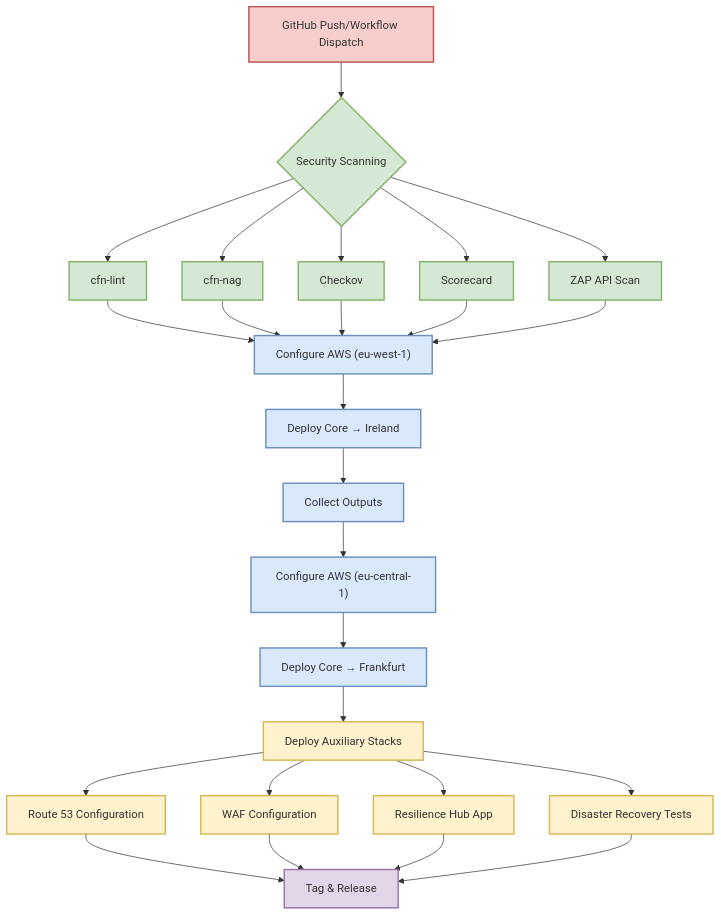
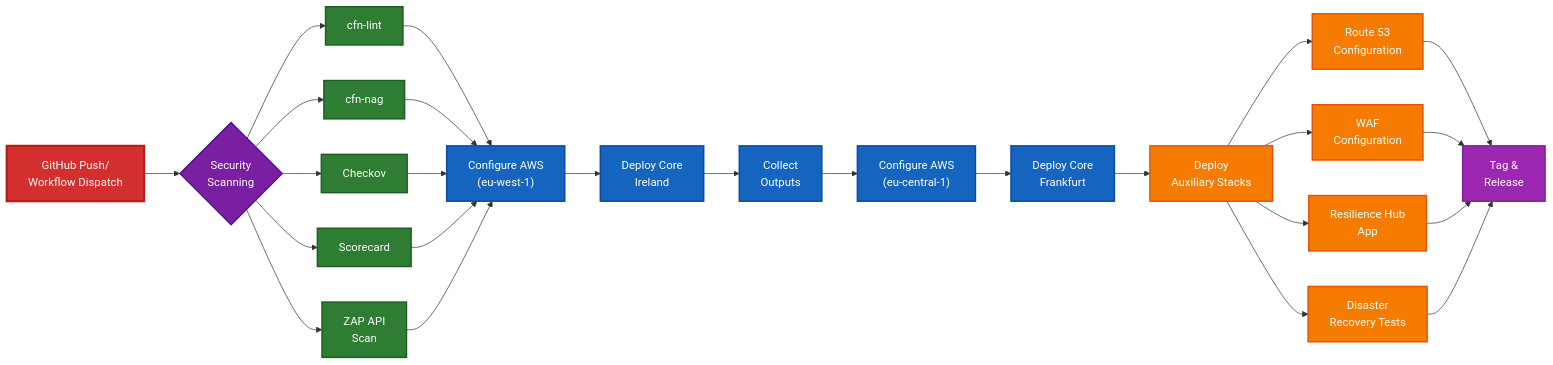
Before and after one commit to Hack23/lambda-in-private-vpc: the sixth of 6 diagrams in README.md, drawn with Mermaid. The commit also changed other lines of this file, not shown here.

````diff
--- a/README.md
+++ b/README.md
@@ -294,37 +347,33 @@
 ```mermaid
-flowchart TD
-    GH_PUSH["GitHub Push/Workflow Dispatch"] --> SEC_SCAN{"Security Scanning"}
+flowchart LR
+    GH_PUSH["GitHub Push/<br>Workflow Dispatch"]:::trigger --> SEC_SCAN{"Security<br>Scanning"}:::security
     
-    SEC_SCAN --> CFN_LINT["cfn-lint"]
-    SEC_SCAN --> CFN_NAG["cfn-nag"]
-    SEC_SCAN --> CHECKOV["Checkov"]
-    SEC_SCAN --> SCORECARD["Scorecard"]
-    SEC_SCAN --> ZAP["ZAP API Scan"]
+    SEC_SCAN --> CFN_LINT["cfn-lint"]:::scan
+    SEC_SCAN --> CFN_NAG["cfn-nag"]:::scan
+    SEC_SCAN --> CHECKOV["Checkov"]:::scan
+    SEC_SCAN --> SCORECARD["Scorecard"]:::scan
+    SEC_SCAN --> ZAP["ZAP API<br>Scan"]:::scan
     
-    CFN_LINT & CFN_NAG & CHECKOV & SCORECARD & ZAP --> CONFIG_IR["Configure AWS (eu-west-1)"]
+    CFN_LINT & CFN_NAG & CHECKOV & SCORECARD & ZAP --> CONFIG_IR["Configure AWS<br>(eu-west-1)"]:::deploy
     
-    CONFIG_IR --> DEPLOY_IR["Deploy Core → Ireland"]
-    DEPLOY_IR --> OUTPUTS["Collect Outputs"]
-    OUTPUTS --> CONFIG_FR["Configure AWS (eu-central-1)"]
-    CONFIG_FR --> DEPLOY_FR["Deploy Core → Frankfurt"]
+    CONFIG_IR --> DEPLOY_IR["Deploy Core<br>Ireland"]:::deploy
+    DEPLOY_IR --> OUTPUTS["Collect<br>Outputs"]:::deploy
+    OUTPUTS --> CONFIG_FR["Configure AWS<br>(eu-central-1)"]:::deploy
+    CONFIG_FR --> DEPLOY_FR["Deploy Core<br>Frankfurt"]:::deploy
     
-    DEPLOY_FR --> DEPLOY_AUX["Deploy Auxiliary Stacks"]
-    DEPLOY_AUX --> DEPLOY_R53["Route 53 Configuration"]
-    DEPLOY_AUX --> DEPLOY_WAF["WAF Configuration"]
-    DEPLOY_AUX --> DEPLOY_RHB["Resilience Hub App"]
-    DEPLOY_AUX --> DEPLOY_DR["Disaster Recovery Tests"]
+    DEPLOY_FR --> DEPLOY_AUX["Deploy<br>Auxiliary Stacks"]:::aux
     
-    DEPLOY_R53 & DEPLOY_WAF & DEPLOY_RHB & DEPLOY_DR --> TAG["Tag & Release"]
+    DEPLOY_AUX --> DEPLOY_R53["Route 53<br>Configuration"]:::aux
+    DEPLOY_AUX --> DEPLOY_WAF["WAF<br>Configuration"]:::aux
+    DEPLOY_AUX --> DEPLOY_RHB["Resilience Hub<br>App"]:::aux
+    DEPLOY_AUX --> DEPLOY_DR["Disaster<br>Recovery Tests"]:::aux
     
-    classDef github fill:#f8cecc,stroke:#b85450,stroke-width:2px;
-    classDef security fill:#d5e8d4,stroke:#82b366,stroke-width:2px;
-    classDef deploy fill:#dae8fc,stroke:#6c8ebf,stroke-width:2px;
-    classDef auxiliary fill:#fff2cc,stroke:#d6b656,stroke-width:2px;
-    classDef release fill:#e1d5e7,stroke:#9673a6,stroke-width:2px;
+    DEPLOY_R53 & DEPLOY_WAF & DEPLOY_RHB & DEPLOY_DR --> TAG["Tag &<br>Release"]:::release
     
-    class GH_PUSH github;
-    class SEC_SCAN,CFN_LINT,CFN_NAG,CHECKOV,SCORECARD,ZAP security;
-    class CONFIG_IR,DEPLOY_IR,OUTPUTS,CONFIG_FR,DEPLOY_FR deploy;
-    class DEPLOY_AUX,DEPLOY_R53,DEPLOY_WAF,DEPLOY_RHB,DEPLOY_DR auxiliary;
-    class TAG release;
+    classDef trigger fill:#D32F2F,stroke:#B71C1C,stroke-width:3px,color:#FFFFFF
+    classDef security fill:#7B1FA2,stroke:#4A148C,stroke-width:2px,color:#FFFFFF
+    classDef scan fill:#2E7D32,stroke:#1B5E20,stroke-width:2px,color:#FFFFFF
+    classDef deploy fill:#1565C0,stroke:#0D47A1,stroke-width:2px,color:#FFFFFF
+    classDef aux fill:#F57C00,stroke:#E65100,stroke-width:2px,color:#FFFFFF
+    classDef release fill:#9C27B0,stroke:#7B1FA2,stroke-width:2px,color:#FFFFFF
 ```
````
